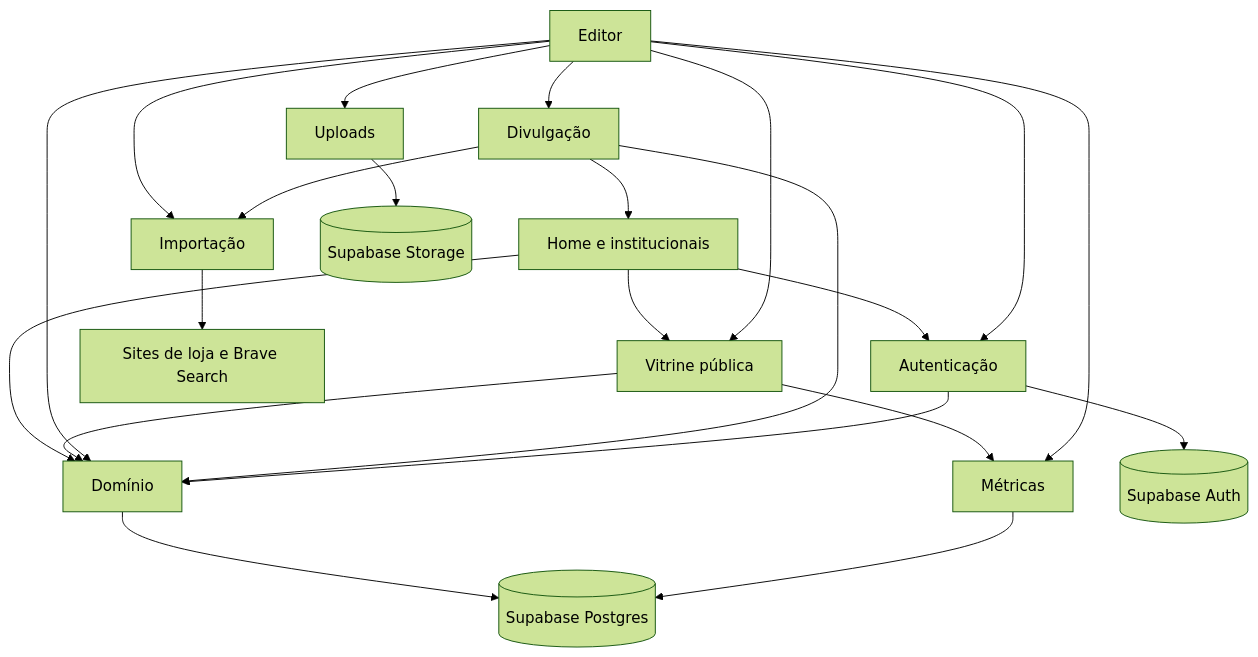
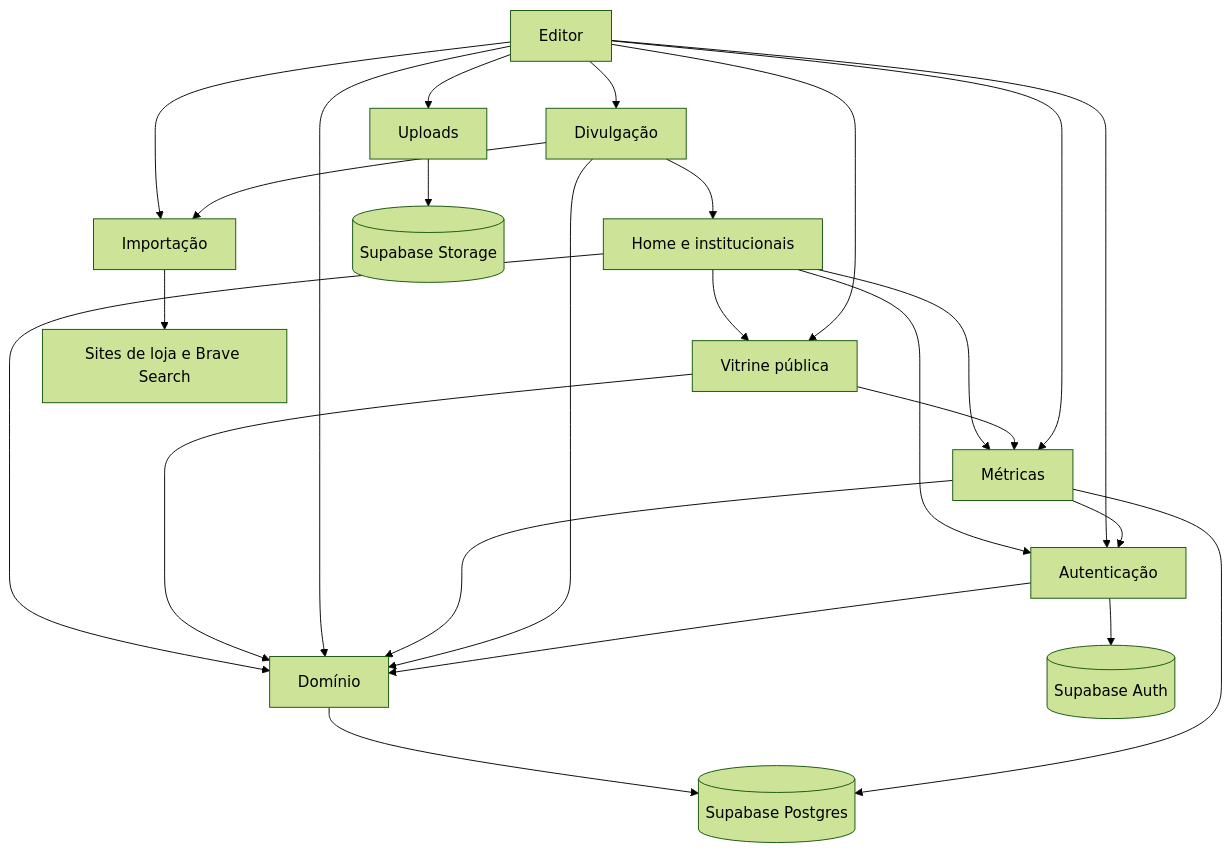
The second of 5 diagrams in docs/architecture.md (estevaons/myvitri), drawn with Mermaid (forest theme) before and after one commit. The commit also changed other lines of this file and 2 other files, not shown here.

````diff
--- a/docs/architecture.md
+++ b/docs/architecture.md
@@ -81,24 +86,27 @@
 ```mermaid
 graph TD
     HOME[Home e institucionais] --> DOM[Domínio]
     HOME --> AUTH[Autenticação]
     HOME --> VP[Vitrine pública]
+    HOME --> MET
     VP --> DOM
     VP --> MET[Métricas]
     ED[Editor] --> DOM
     ED --> VP
     ED --> AUTH
     ED --> UP[Uploads]
     ED --> IMP[Importação]
     ED --> MET
+    MET --> DOM
+    MET --> AUTH
     ED --> DIV[Divulgação]
     DIV --> DOM
     DIV --> HOME
     DIV --> IMP
     AUTH --> DOM
     DOM --> SB[(Supabase Postgres)]
     AUTH --> SBA[(Supabase Auth)]
     UP --> SBS[(Supabase Storage)]
     MET --> SB
     IMP --> EXT[Sites de loja e Brave Search]
 ```
````
